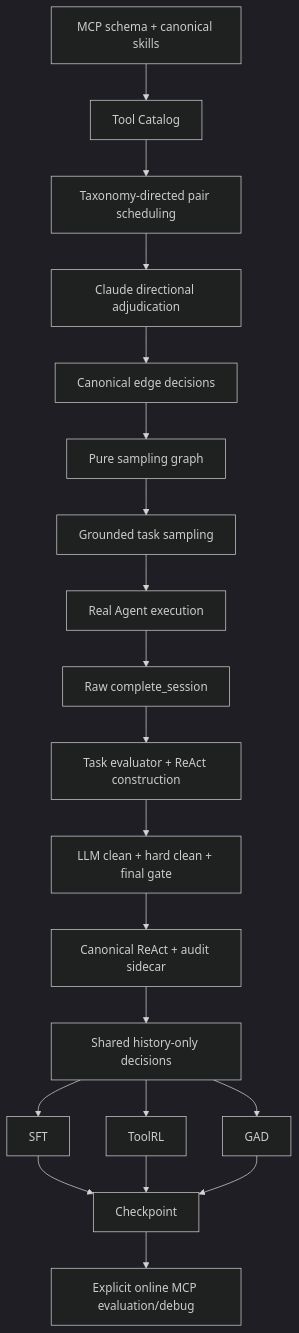
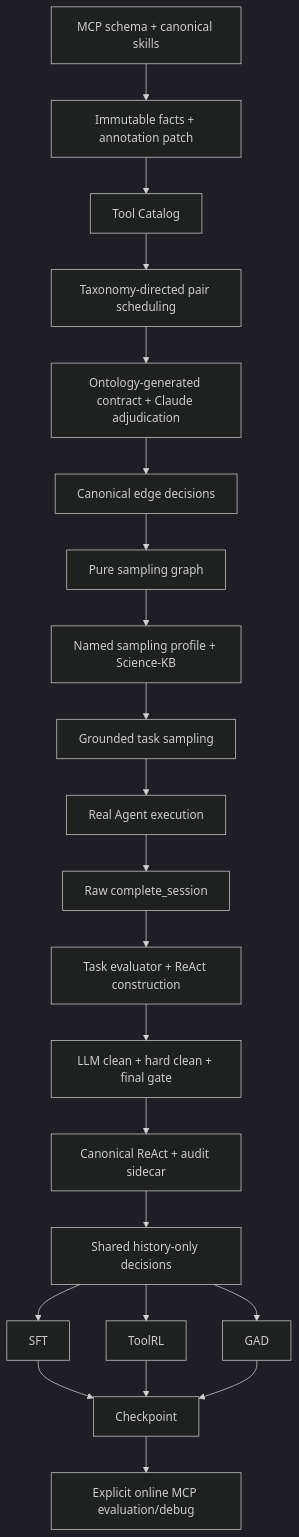
Before and after one commit to mu9enn/drug-pipe: the diagram in docs/MAINLINE.md, drawn with Mermaid (dark theme). The commit also changed other lines of this file and 3 other files, not shown here.

````diff
--- a/docs/MAINLINE.md
+++ b/docs/MAINLINE.md
@@ -28,22 +30,24 @@
 ```mermaid
 flowchart TD
-    A[MCP schema + canonical skills] --> B[Tool Catalog]
-    B --> C[Taxonomy-directed pair scheduling]
-    C --> D[Claude directional adjudication]
-    D --> E[Canonical edge decisions]
-    E --> F[Pure sampling graph]
-    F --> G[Grounded task sampling]
-    G --> H[Real Agent execution]
-    H --> I[Raw complete_session]
-    I --> J[Task evaluator + ReAct construction]
-    J --> K[LLM clean + hard clean + final gate]
-    K --> R[Canonical ReAct + audit sidecar]
+    A[MCP schema + canonical skills] --> B[Immutable facts + annotation patch]
+    B --> C[Tool Catalog]
+    C --> D[Taxonomy-directed pair scheduling]
+    D --> E[Ontology-generated contract + Claude adjudication]
+    E --> F[Canonical edge decisions]
+    F --> G[Pure sampling graph]
+    G --> S[Named sampling profile + Science-KB]
+    S --> H[Grounded task sampling]
+    H --> I[Real Agent execution]
+    I --> J[Raw complete_session]
+    J --> K[Task evaluator + ReAct construction]
+    K --> T[LLM clean + hard clean + final gate]
+    T --> R[Canonical ReAct + audit sidecar]
     R --> L[Shared history-only decisions]
     L --> M[SFT]
     L --> N[ToolRL]
     L --> O[GAD]
     M --> P[Checkpoint]
     N --> P
     O --> P
     P --> Q[Explicit online MCP evaluation/debug]
 ```
````
